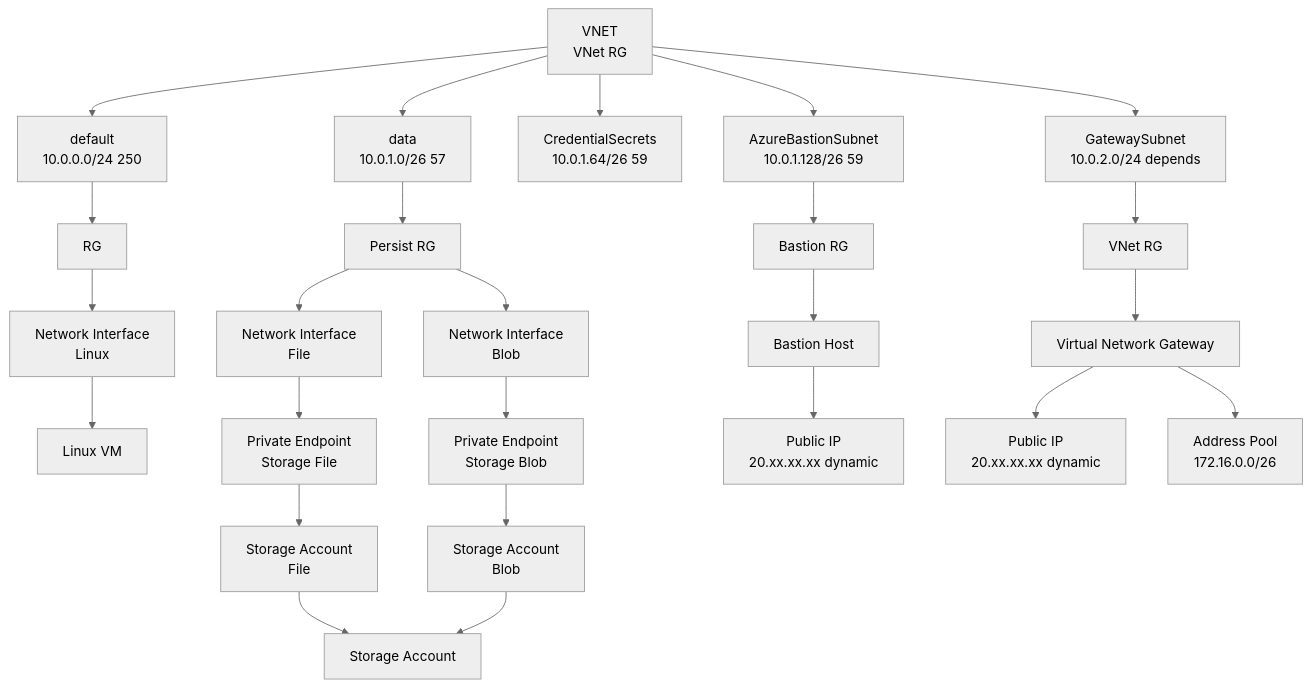
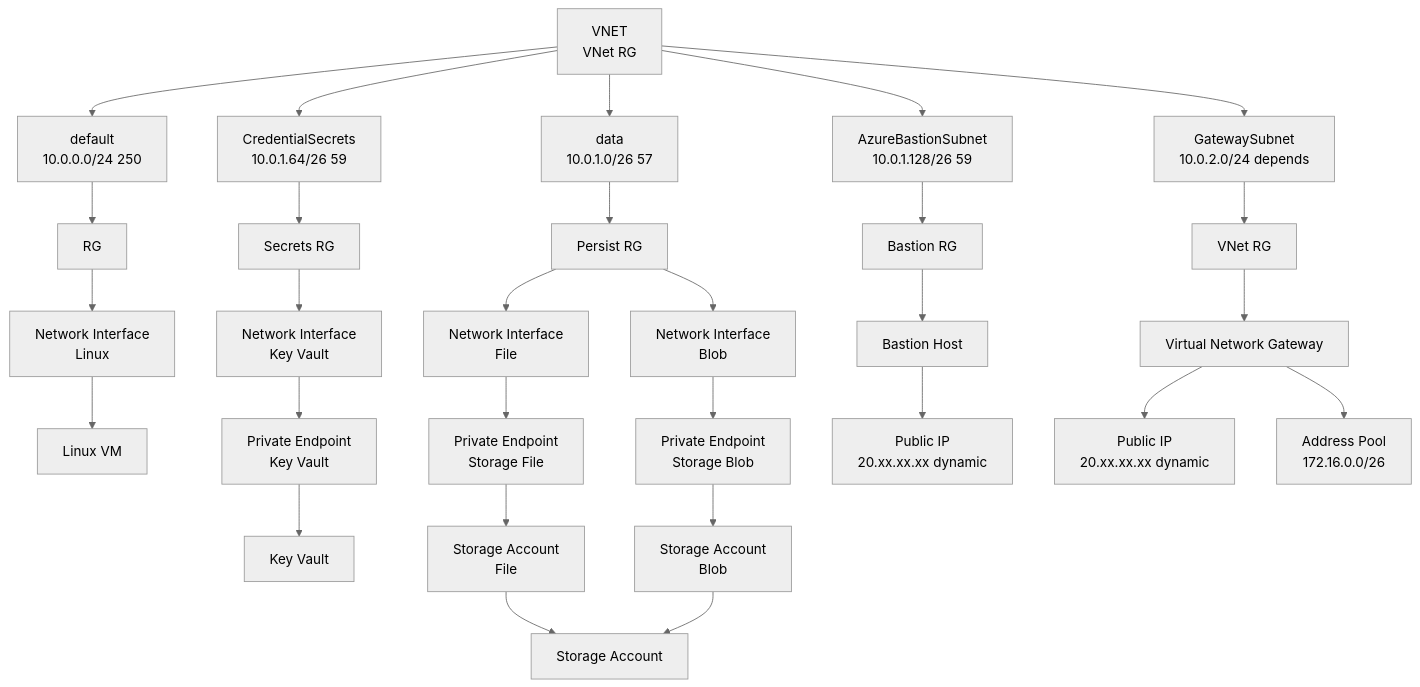
The first of 2 diagrams in README.md (freemansoft/vnet-p2s-vpn-bastion-azure), drawn with Mermaid (neutral theme) before and after one commit. The commit also changed 9 other files, not shown here.

Commit message:
Add Key Vault with Private Link Endpoint

````diff
--- a/README.md
+++ b/README.md
@@ -66,37 +66,42 @@
 ```mermaid
 flowchart TD
     A[VNET<br/> VNet RG]
     A --> SubDef[default <br/>10.0.0.0/24 250]
     A --> SubData[data <br/>10.0.1.0/26 57]
     A --> SubCred[CredentialSecrets <br/>10.0.1.64/26 59]
     A --> SubBast[AzureBastionSubnet <br/>10.0.1.128/26 59]
     A --> SubVng[GatewaySubnet <br/>10.0.2.0/24  depends]
 
     SubDef --> SubDefRg[RG]
     SubDefRg --> NicVM[Network Interface<br/>Linux]
     NicVM --> VM[Linux VM]
+
+    SubCred --> SubCredRg[Secrets RG]
+    SubCredRg --> NicKeyVault[Network Interface<br/>Key Vault]
+    NicKeyVault --> PleKV[Private Endpoint<br/>Key Vault]
+    PleKV --> KeyVault[Key Vault]
     
     StorAct[Storage Account]
     StorFile[Storage Account<br/>File]
     StorBlob[Storage Account<br/>Blob] 
 
     SubData --> SubPersistRg[Persist RG]
     SubPersistRg --> NicStorFile[Network Interface<br/>File]
     NicStorFile --> PleFile[Private Endpoint<br/>Storage File]
     PleFile --> StorFile
     StorFile --> StorAct
 
     SubPersistRg --> NicStorBlob[Network Interface<br/>Blob]
     NicStorBlob --> PleBlob[Private Endpoint<br/>Storage Blob]
     PleBlob --> StorBlob
     StorBlob --> StorAct
 
     SubBast --> SubBastRg[Bastion RG]
     SubBastRg --> Bastion[Bastion Host]
     Bastion --> PubaAst[Public IP<br>20.xx.xx.xx dynamic]
 
     SubVng --> SubVngRg[VNet RG]
     SubVngRg --> VNG[Virtual Network Gateway]
     VNG --> PubVNG[Public IP<br>20.xx.xx.xx dynamic]
     VNG --> PoolVNG[Address Pool<br>172.16.0.0/26]
 ```
````
